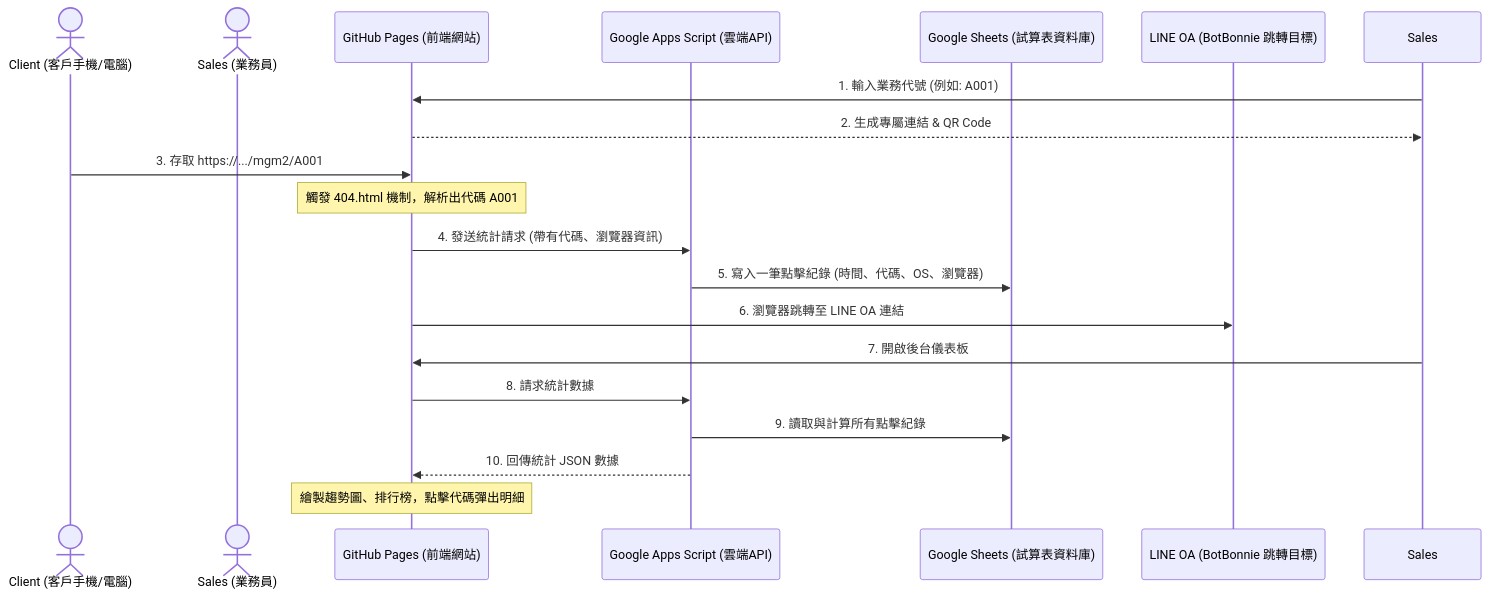
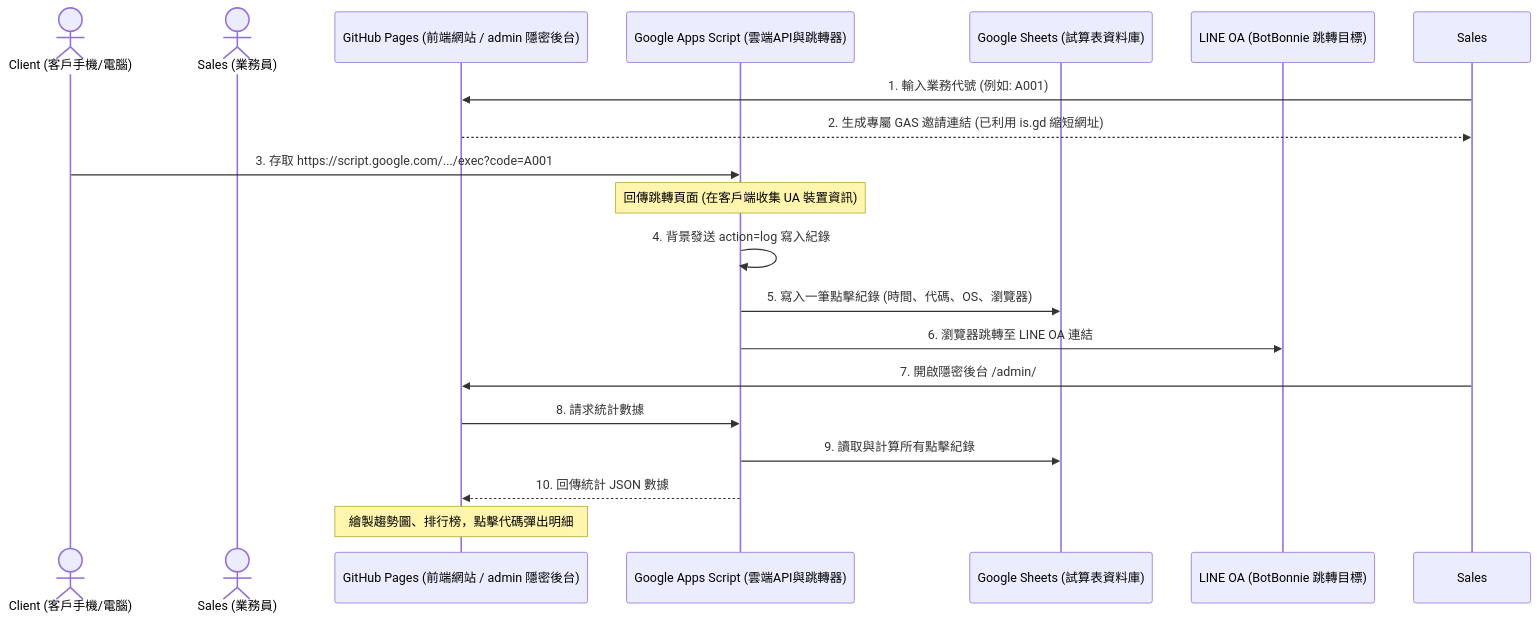
One commit to hub-google/mgm2 changed the diagram in MGM_Technical_Specification.md. Above: the diagram before and after it, drawn with Mermaid. The commit also changed other lines of this file and 1 other file, not shown here.

Commit message:
Doc: Update README.md and specification to reflect secure direct GAS redirection architecture

````diff
--- a/MGM_Technical_Specification.md
+++ b/MGM_Technical_Specification.md
@@ -11,27 +11,27 @@
 ```mermaid
 sequenceDiagram
     actor 客戶 as Client (客戶手機/電腦)
     actor 業務員 as Sales (業務員)
-    participant GH as GitHub Pages (前端網站)
-    participant GAS as Google Apps Script (雲端API)
+    participant GH as GitHub Pages (前端網站 / admin 隱密後台)
+    participant GAS as Google Apps Script (雲端API與跳轉器)
     participant GS as Google Sheets (試算表資料庫)
     participant LINE as LINE OA (BotBonnie 跳轉目標)
 
     %% 連結生成
     Sales->>GH: 1. 輸入業務代號 (例如: A001)
-    GH-->>Sales: 2. 生成專屬連結 & QR Code
+    GH-->>Sales: 2. 生成專屬 GAS 邀請連結 (已利用 is.gd 縮短網址)
 
-    %% 客戶點擊與統計
-    客戶->>GH: 3. 存取 https://.../mgm2/A001
-    Note over GH: 觸發 404.html 機制，解析出代碼 A001
-    GH->>GAS: 4. 發送統計請求 (帶有代碼、瀏覽器資訊)
+    %% 客戶點擊與統計 (繞過 GitHub Pages)
+    客戶->>GAS: 3. 存取 https://script.google.com/.../exec?code=A001
+    Note over GAS: 回傳跳轉頁面 (在客戶端收集 UA 裝置資訊)
+    GAS->>GAS: 4. 背景發送 action=log 寫入紀錄
     GAS->>GS: 5. 寫入一筆點擊紀錄 (時間、代碼、OS、瀏覽器)
-    GH->>LINE: 6. 瀏覽器跳轉至 LINE OA 連結
+    GAS->>LINE: 6. 瀏覽器跳轉至 LINE OA 連結
     
     %% 後台查詢
-    Sales->>GH: 7. 開啟後台儀表板
+    Sales->>GH: 7. 開啟隱密後台 /admin/
     GH->>GAS: 8. 請求統計數據
     GAS->>GS: 9. 讀取與計算所有點擊紀錄
     GAS-->>GH: 10. 回傳統計 JSON 數據
     Note over GH: 繪製趨勢圖、排行榜，點擊代碼彈出明細
 ```
````
